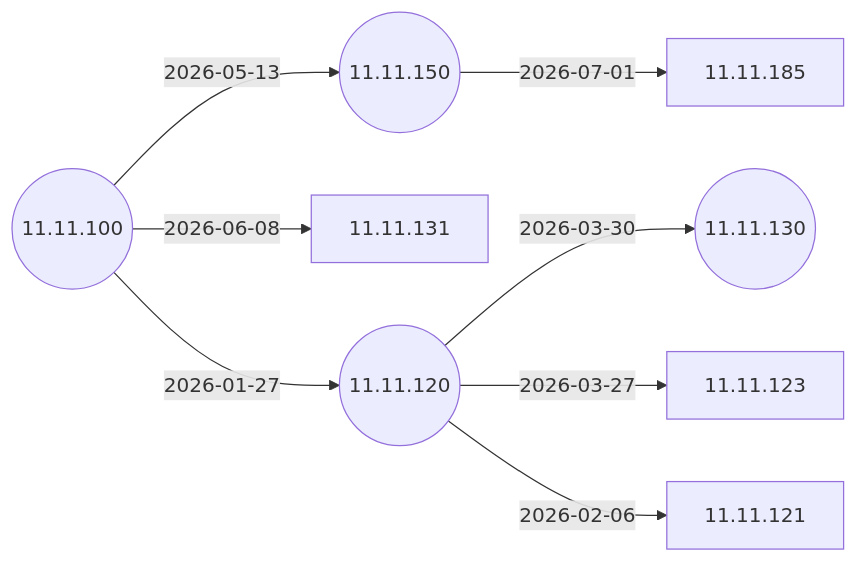
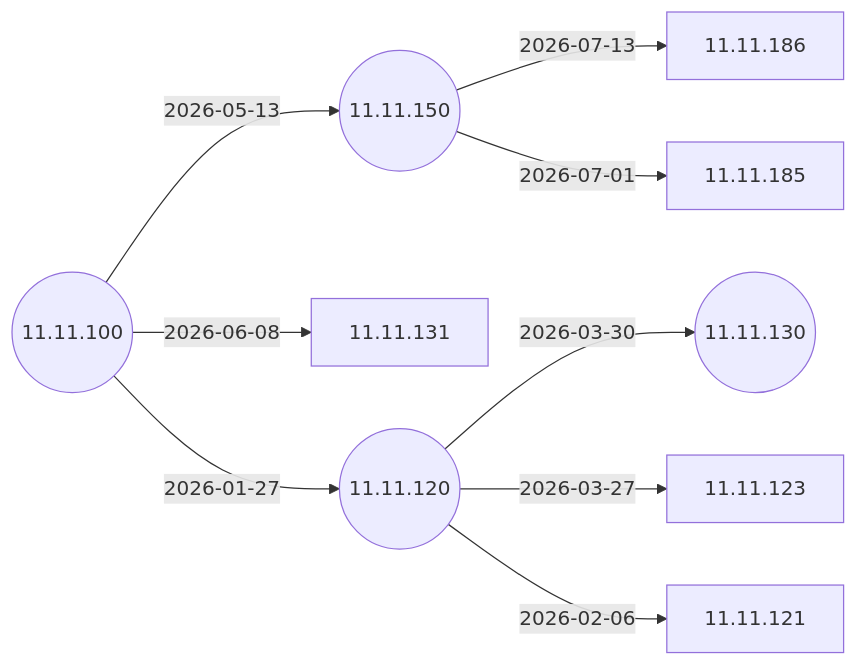
One commit to IGEL-Community/IGEL-Docs-v02 changed the second of 7 diagrams in docs/Docs/ReleaseNotes/01-OS11/README.md. Above: the diagram before and after it, drawn with Mermaid. The commit also changed 2 other files, not shown here.

Commit message:
11.11.186 from 11.11.150 11.11.186 from 11.11.150

````diff
--- a/docs/Docs/ReleaseNotes/01-OS11/README.md
+++ b/docs/Docs/ReleaseNotes/01-OS11/README.md
@@ -42,19 +42,21 @@
 ```mermaid
 flowchart LR
+    11.11.150-- 2026-07-13 -->11.11.186
     11.11.150-- 2026-07-01 -->11.11.185
     11.11.100-- 2026-06-08 -->11.11.131
     11.11.100-- 2026-05-13 -->11.11.150((11.11.150))
     11.11.120-- 2026-03-30 -->11.11.130((11.11.130))
     11.11.120-- 2026-03-27 -->11.11.123
     11.11.120-- 2026-02-06 -->11.11.121
     11.11.100-- 2026-01-27 -->11.11.120((11.11.120))
     11.11.100((11.11.100))
+    click 11.11.186 "https://github.com/IGEL-Community/IGEL-Docs-v02/tree/main/docs/Docs/ReleaseNotes/01-OS11/readme11.11.186.txt" _blank
     click 11.11.185 "https://github.com/IGEL-Community/IGEL-Docs-v02/tree/main/docs/Docs/ReleaseNotes/01-OS11/readme11.11.185.txt" _blank
     click 11.11.131 "https://github.com/IGEL-Community/IGEL-Docs-v02/tree/main/docs/Docs/ReleaseNotes/01-OS11/readme11.11.131.txt" _blank
     click 11.11.150 "https://github.com/IGEL-Community/IGEL-Docs-v02/tree/main/docs/Docs/ReleaseNotes/01-OS11/readme11.11.150.txt" _blank
     click 11.11.130 "https://github.com/IGEL-Community/IGEL-Docs-v02/tree/main/docs/Docs/ReleaseNotes/01-OS11/readme11.11.130.txt" _blank
     click 11.11.123 "https://github.com/IGEL-Community/IGEL-Docs-v02/tree/main/docs/Docs/ReleaseNotes/01-OS11/readme11.11.123.txt" _blank
     click 11.11.121 "https://github.com/IGEL-Community/IGEL-Docs-v02/tree/main/docs/Docs/ReleaseNotes/01-OS11/readme11.11.121.txt" _blank
     click 11.11.120 "https://github.com/IGEL-Community/IGEL-Docs-v02/tree/main/docs/Docs/ReleaseNotes/01-OS11/readme11.11.120.txt" _blank
     click 11.11.100 "https://github.com/IGEL-Community/IGEL-Docs-v02/tree/main/docs/Docs/ReleaseNotes/01-OS11/readme11.11.100.txt" _blank
 ```
````
